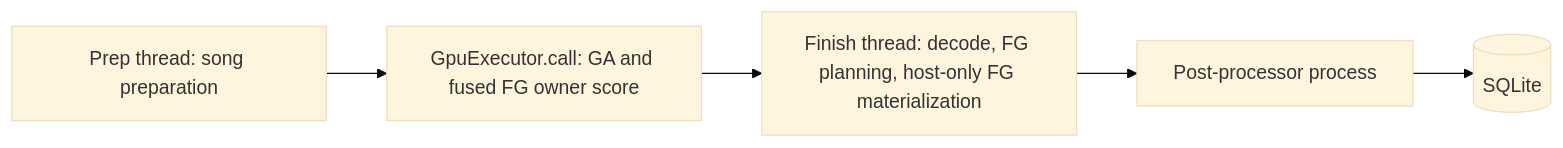
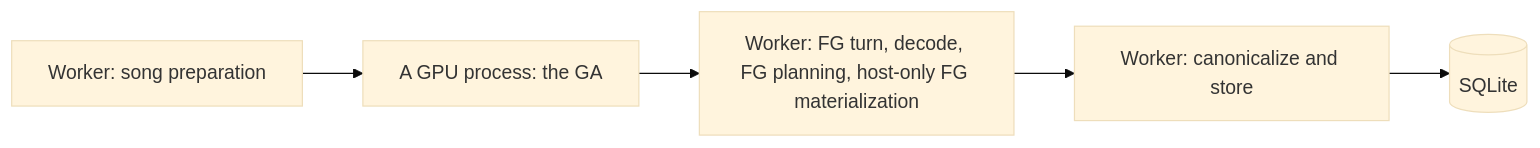
Before and after one commit to TheBaconactor/RoBeats-Calculator-Engine: the second of 3 diagrams in docs/ARCHITECTURE.md, drawn with Mermaid (base theme). The commit also changed other lines of this file and 6 other files, not shown here.

````diff
--- a/docs/ARCHITECTURE.md
+++ b/docs/ARCHITECTURE.md
@@ -62,7 +67,7 @@
 ```mermaid
 flowchart LR
-    A["Prep thread: song preparation"] --> B["GpuExecutor.call: GA and fused FG owner score"]
-    B --> C["Finish thread: decode, FG planning, host-only FG materialization"]
-    C --> D["Post-processor process"]
+    A["Worker: song preparation"] --> B["A GPU process: the GA"]
+    B --> C["Worker: FG turn, decode, FG planning, host-only FG materialization"]
+    C --> D["Worker: canonicalize and store"]
     D --> E[("SQLite")]
 ```
````
